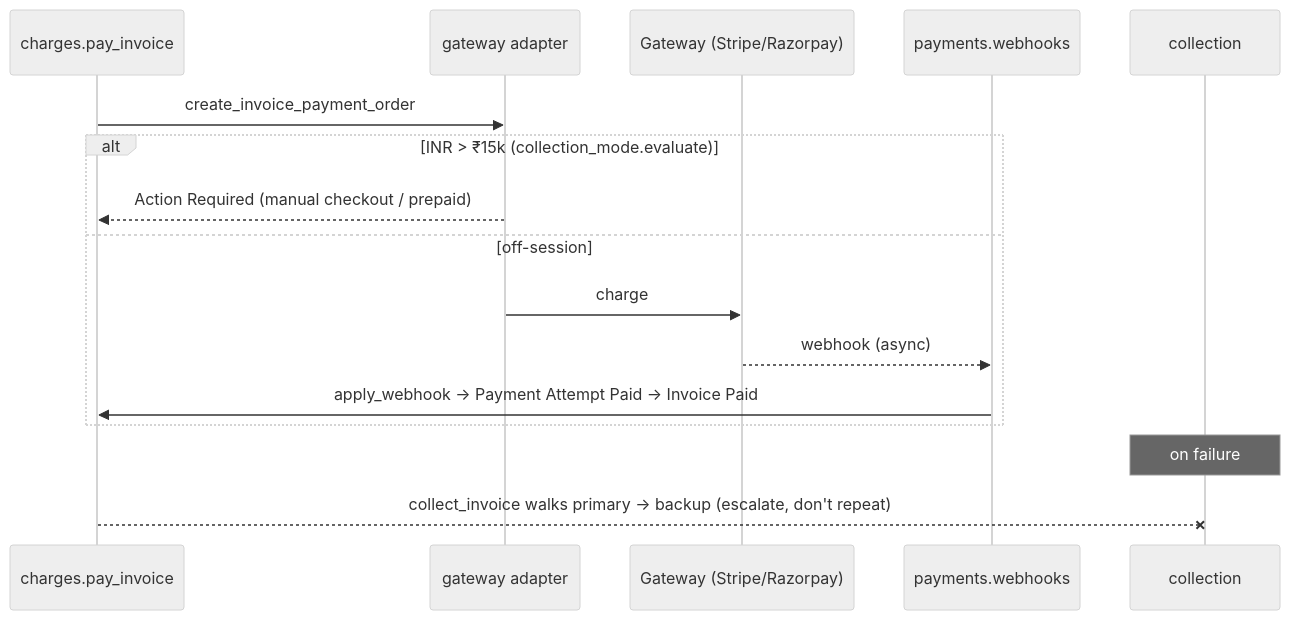
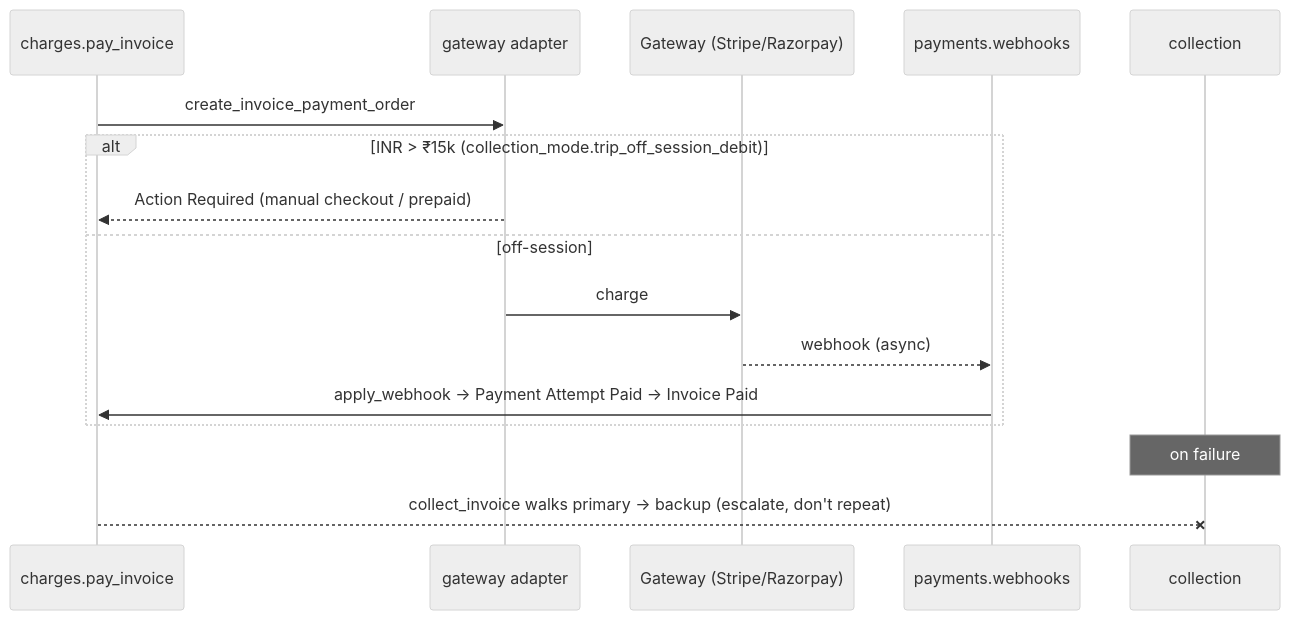
The sixth of 8 diagrams in central/billing/ARCHITECTURE.md (frappe/central), drawn with Mermaid (neutral theme) before and after one commit. The commit also changed other lines of this file and 6 other files, not shown here.

````diff
--- a/central/billing/ARCHITECTURE.md
+++ b/central/billing/ARCHITECTURE.md
@@ -546,18 +546,18 @@
 ```mermaid
 sequenceDiagram
     participant CH as charges.pay_invoice
     participant GW as gateway adapter
     participant EXT as Gateway (Stripe/Razorpay)
     participant WH as payments.webhooks
     participant COL as collection
     CH->>GW: create_invoice_payment_order
-    alt INR > ₹15k (collection_mode.evaluate)
+    alt INR > ₹15k (collection_mode.trip_off_session_debit)
         GW-->>CH: Action Required (manual checkout / prepaid)
     else off-session
         GW->>EXT: charge
         EXT-->>WH: webhook (async)
         WH->>CH: apply_webhook → Payment Attempt Paid → Invoice Paid
     end
     Note over COL: on failure
     CH--xCOL: collect_invoice walks primary → backup (escalate, don't repeat)
 ```
````
